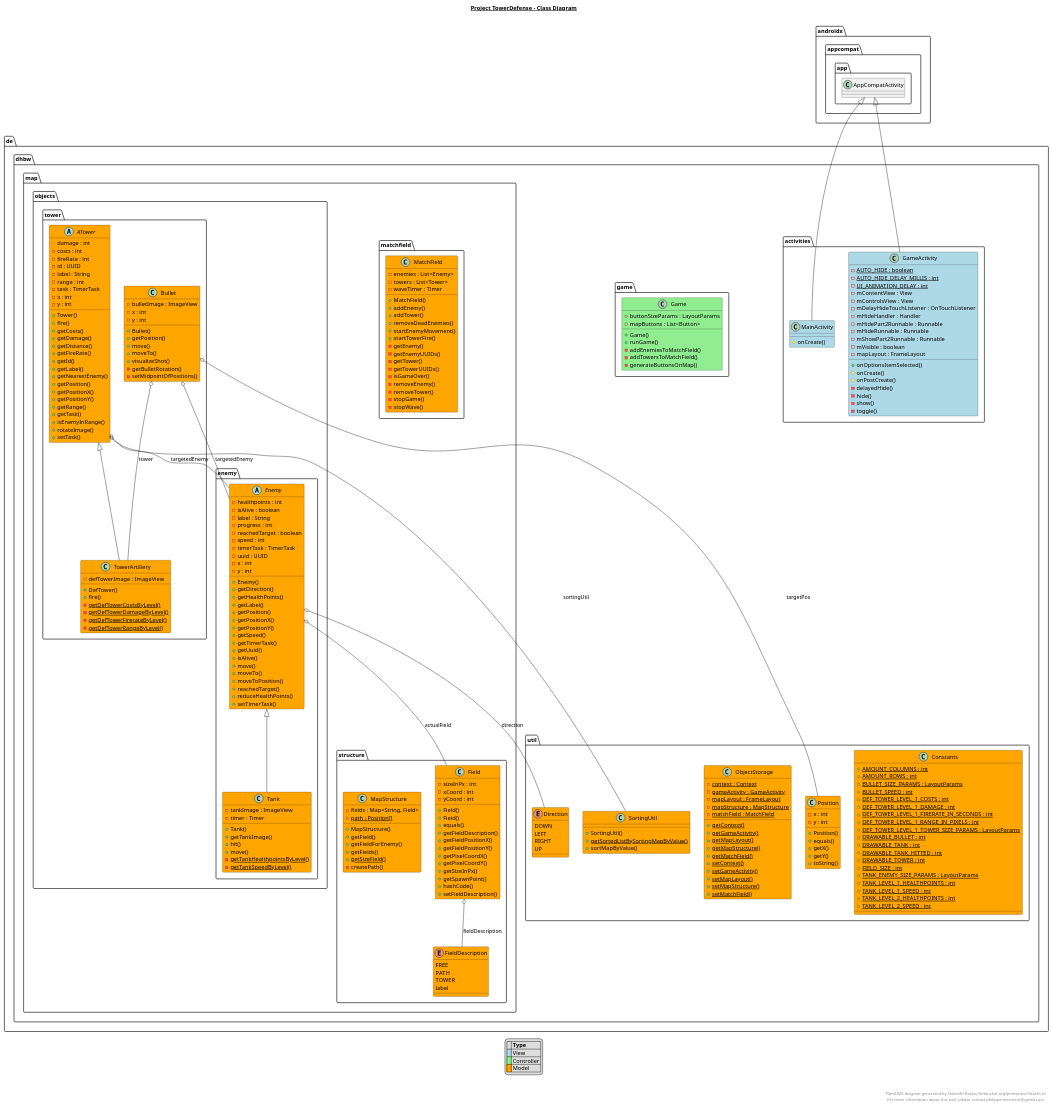
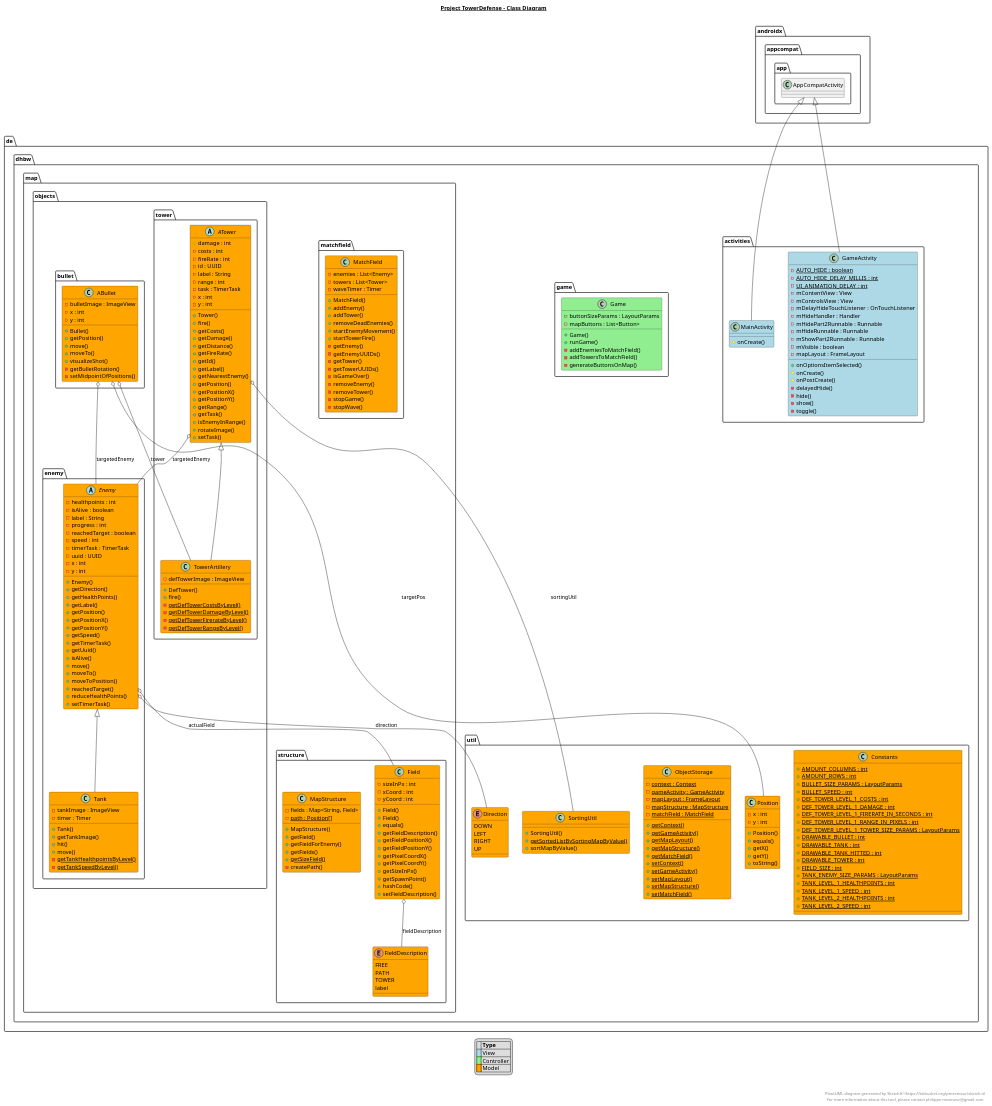
Before and after one commit to niwa99/Tower-Defense: the diagram in app/app.plantuml, drawn with PlantUML. The commit also changed 17 other files, not shown here.

Commit message:
[DHTD-81] Implemented tower boombastic, bomb as bullet causes area damage

```diff
--- a/app/app.plantuml
+++ b/app/app.plantuml
@@ -113,7 +113,7 @@
         }
 
         package de.dhbw.map.objects.tower {
-          class de.dhbw.map.objects.tower.Bullet #orange {
+          class de.dhbw.map.objects.bullet.ABullet #orange {
             - bulletImage : ImageView
             - x : int
             - y : int
@@ -285,9 +285,9 @@
   de.dhbw.map.objects.enemy.Enemy o-- de.dhbw.map.structure.Field : actualField
   de.dhbw.map.objects.enemy.Enemy o-- de.dhbw.util.Direction : direction
   de.dhbw.map.objects.enemy.Tank -up-|> de.dhbw.map.objects.enemy.Enemy
-  de.dhbw.map.objects.tower.Bullet o-- de.dhbw.util.Position : targetPos
-  de.dhbw.map.objects.tower.Bullet o-- de.dhbw.map.objects.enemy.Enemy : targetedEnemy
-  de.dhbw.map.objects.tower.Bullet o-- de.dhbw.map.objects.tower.TowerArtillery : tower
+  de.dhbw.map.objects.bullet.ABullet o-- de.dhbw.util.Position : targetPos
+  de.dhbw.map.objects.bullet.ABullet o-- de.dhbw.map.objects.enemy.Enemy : targetedEnemy
+  de.dhbw.map.objects.bullet.ABullet o-- de.dhbw.map.objects.tower.TowerArtillery : tower
   de.dhbw.map.objects.tower.TowerArtillery -up-|> de.dhbw.map.objects.tower.ATower
   de.dhbw.map.objects.tower.ATower o-- de.dhbw.map.objects.enemy.Enemy : targetedEnemy
   de.dhbw.map.objects.tower.ATower o-- de.dhbw.util.SortingUtil : sortingUtil
```
